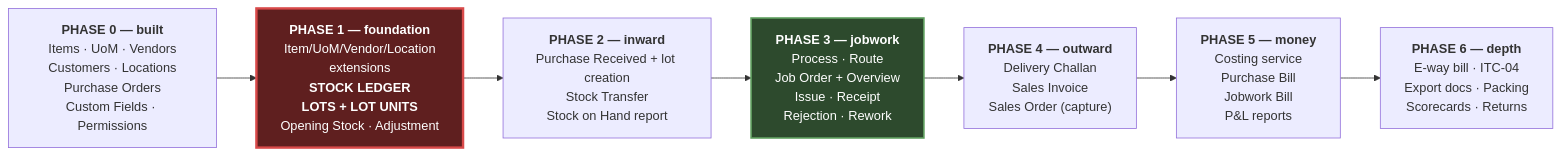
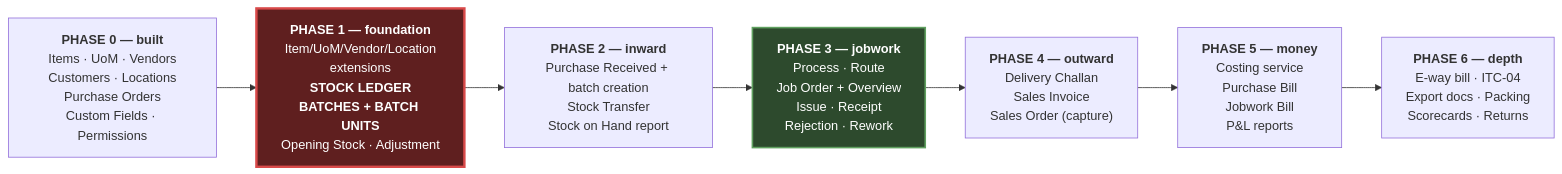
One commit to Dharmik-Octfis/jobwork-process-webapp changed the second of 2 diagrams in docs/JOBWORK_DOMAIN_AND_MODULE_MAP.md. Above: the diagram before and after it, drawn with Mermaid. The commit also changed other lines of this file and 72 other files, not shown here.

Commit message:
fix(lotToBatch): changes done to consider lot as batch so now lot will be considered as batch

````diff
--- a/docs/JOBWORK_DOMAIN_AND_MODULE_MAP.md
+++ b/docs/JOBWORK_DOMAIN_AND_MODULE_MAP.md
@@ -1181,15 +1195,15 @@
 ```mermaid
 flowchart LR
     P0["<b>PHASE 0 — built</b><br/>Items · UoM · Vendors<br/>Customers · Locations<br/>Purchase Orders<br/>Custom Fields · Permissions"]
-    P1["<b>PHASE 1 — foundation</b><br/>Item/UoM/Vendor/Location<br/>extensions<br/><b>STOCK LEDGER</b><br/><b>LOTS + LOT UNITS</b><br/>Opening Stock · Adjustment"]
-    P2["<b>PHASE 2 — inward</b><br/>Purchase Received + lot creation<br/>Stock Transfer<br/>Stock on Hand report"]
+    P1["<b>PHASE 1 — foundation</b><br/>Item/UoM/Vendor/Location<br/>extensions<br/><b>STOCK LEDGER</b><br/><b>BATCHES + BATCH UNITS</b><br/>Opening Stock · Adjustment"]
+    P2["<b>PHASE 2 — inward</b><br/>Purchase Received + batch creation<br/>Stock Transfer<br/>Stock on Hand report"]
     P3["<b>PHASE 3 — jobwork</b><br/>Process · Route<br/>Job Order + Overview<br/>Issue · Receipt<br/>Rejection · Rework"]
     P4["<b>PHASE 4 — outward</b><br/>Delivery Challan<br/>Sales Invoice<br/>Sales Order (capture)"]
     P5["<b>PHASE 5 — money</b><br/>Costing service<br/>Purchase Bill<br/>Jobwork Bill<br/>P&L reports"]
     P6["<b>PHASE 6 — depth</b><br/>E-way bill · ITC-04<br/>Export docs · Packing<br/>Scorecards · Returns"]
 
     P0 --> P1 --> P2 --> P3 --> P4 --> P5 --> P6
 
     style P1 fill:#5f1f1f,stroke:#d94a4a,stroke-width:3px,color:#fff
     style P3 fill:#2d4a2d,stroke:#5fa05f,stroke-width:2px,color:#fff
 ```
````
